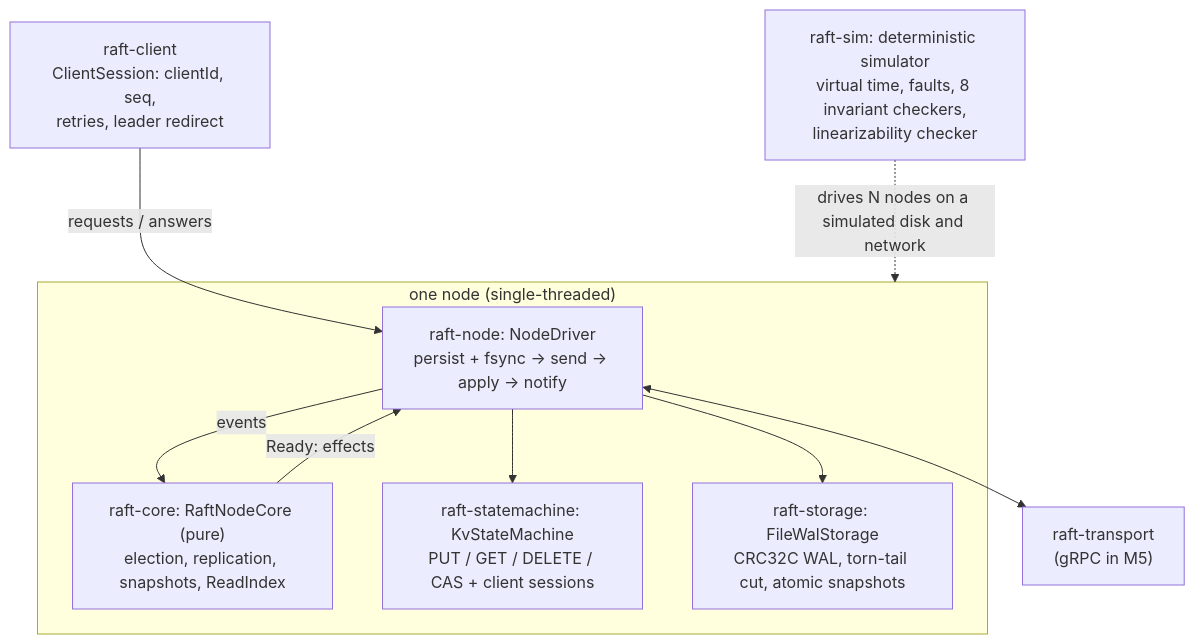
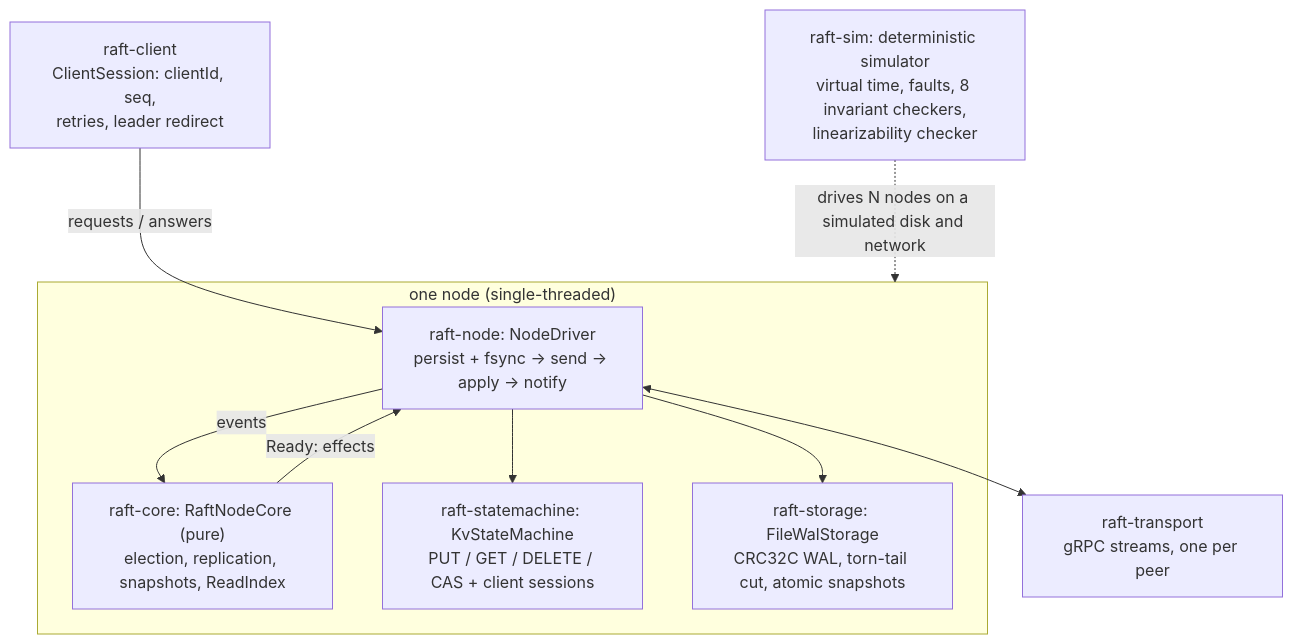
The diagram in README.md (Amoghprakash2k4/raft-KV-store), drawn with Mermaid before and after one commit. The commit also changed other lines of this file and 55 other files, not shown here.

````diff
--- a/README.md
+++ b/README.md
@@ -11,19 +11,19 @@
 ```mermaid
 flowchart TB
     CL["raft-client<br/>ClientSession: clientId, seq,<br/>retries, leader redirect"]
     subgraph NODE["one node (single-threaded)"]
         DRV["raft-node: NodeDriver<br/>persist + fsync → send → apply → notify"]
         CORE["raft-core: RaftNodeCore (pure)<br/>election, replication, snapshots, ReadIndex"]
         SM["raft-statemachine: KvStateMachine<br/>PUT / GET / DELETE / CAS + client sessions"]
         ST["raft-storage: FileWalStorage<br/>CRC32C WAL, torn-tail cut, atomic snapshots"]
     end
-    NET["raft-transport<br/>(gRPC in M5)"]
+    NET["raft-transport<br/>gRPC streams, one per peer"]
     SIM["raft-sim: deterministic simulator<br/>virtual time, faults, 8 invariant checkers,<br/>linearizability checker"]
     CL -- "requests / answers" --> DRV
     DRV -- "events" --> CORE
     CORE -- "Ready: effects" --> DRV
     DRV --> ST
     DRV --> SM
     DRV <--> NET
     SIM -. "drives N nodes on a simulated disk and network" .-> NODE
 ```
````
